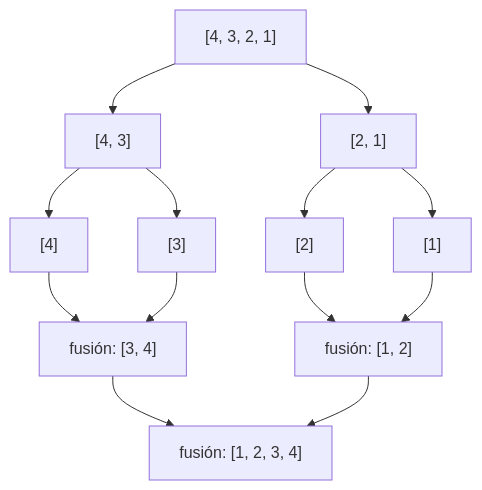
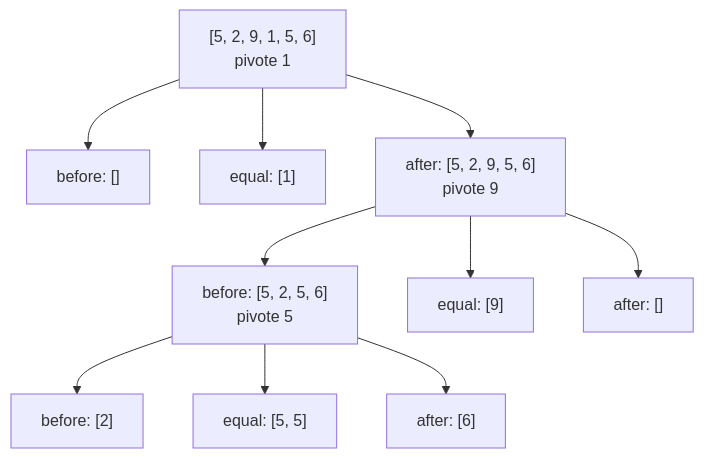
Before and after one commit to mintlify-demo/docs: the diagram in es/merge-sort-api/guides/how-it-works.mdx, drawn with Mermaid. The commit also changed other lines of this file and 22 other files, not shown here.

````diff
--- a/es/merge-sort-api/guides/how-it-works.mdx
+++ b/es/merge-sort-api/guides/how-it-works.mdx
@@ -11,15 +19,12 @@
 ```mermaid
 flowchart TD
-    A["[4, 3, 2, 1]"] --> B["[4, 3]"]
-    A --> C["[2, 1]"]
-    B --> D["[4]"]
-    B --> E["[3]"]
-    C --> F["[2]"]
-    C --> G["[1]"]
-    D --> H["fusión: [3, 4]"]
-    E --> H
-    F --> I["fusión: [1, 2]"]
-    G --> I
-    H --> J["fusión: [1, 2, 3, 4]"]
-    I --> J
+    A["[5, 2, 9, 1, 5, 6]<br/>pivote 1"] --> B["before: []"]
+    A --> C["equal: [1]"]
+    A --> D["after: [5, 2, 9, 5, 6]<br/>pivote 9"]
+    D --> E["before: [5, 2, 5, 6]<br/>pivote 5"]
+    D --> F["equal: [9]"]
+    D --> G["after: []"]
+    E --> H["before: [2]"]
+    E --> I["equal: [5, 5]"]
+    E --> J["after: [6]"]
 ```
````
